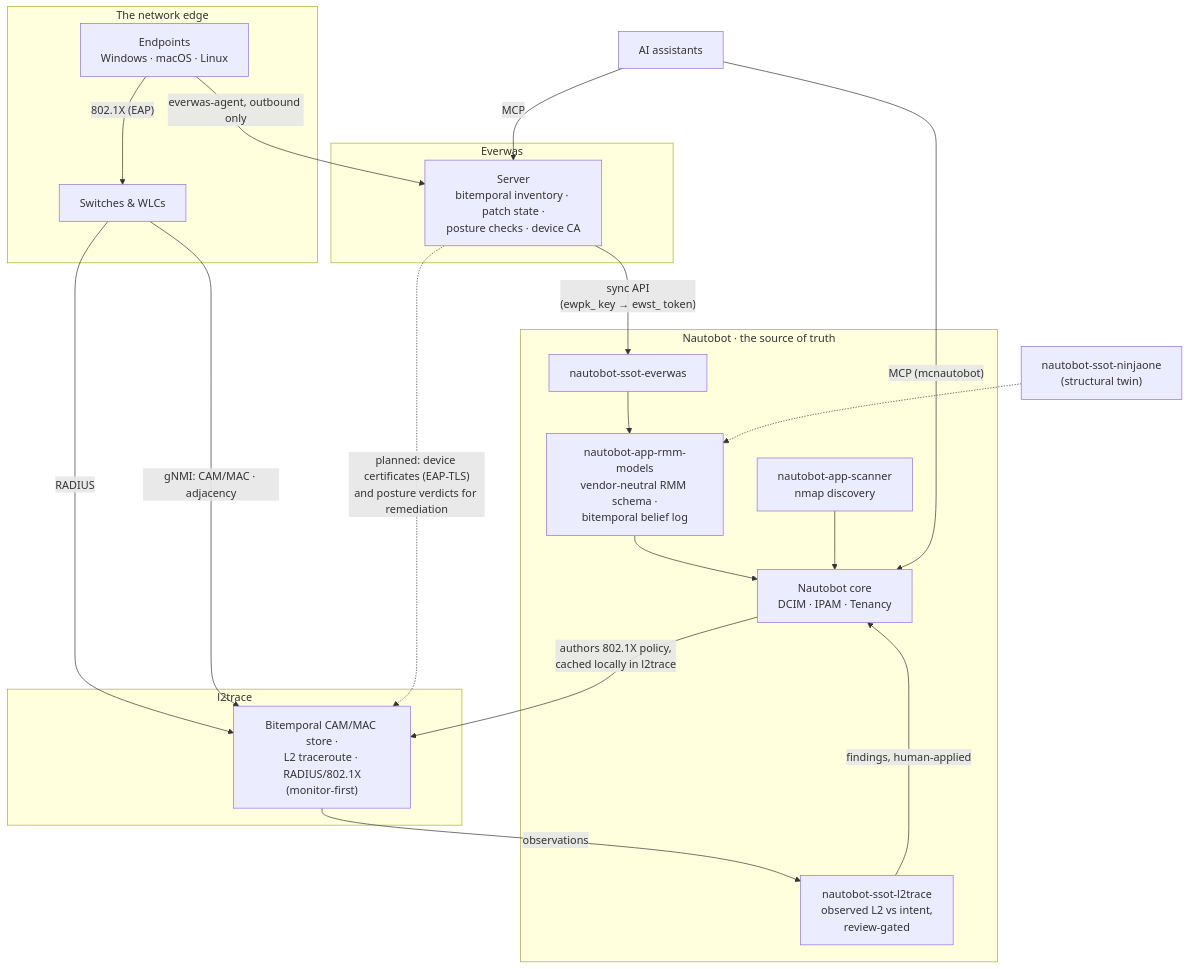
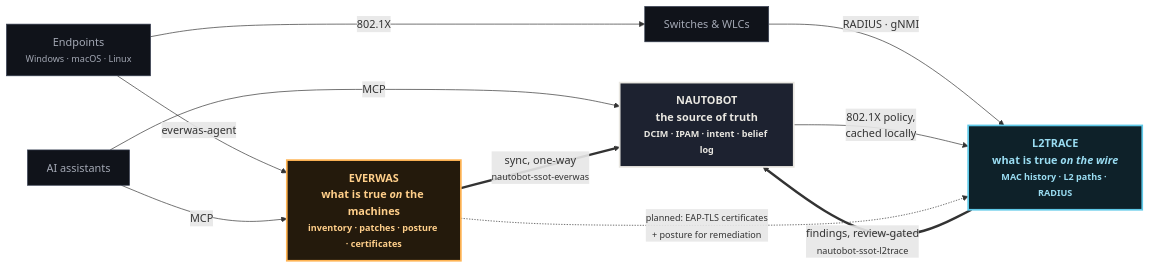
One commit to everwas/everwas changed the second of 2 diagrams in docsite/src/content/docs/concepts/architecture.md. Above: the diagram before and after it, drawn with Mermaid. The commit also changed other lines of this file, not shown here.

Commit message:
The constellation becomes an infographic
Twelve nodes of auto-layout spaghetti become six: the three systems as
color-coded hero blocks (amber for Everwas, cyan for l2trace, the
source of truth in white), one-line identities on each, and the SSoT
apps demoted to edge labels where they belong. The boxes that left the
diagram moved into a sentence below it; a diagram is not an inventory.

````diff
--- a/docsite/src/content/docs/concepts/architecture.md
+++ b/docsite/src/content/docs/concepts/architecture.md
@@ -99,43 +99,27 @@
 ```mermaid
-flowchart TB
-  subgraph edge["The network edge"]
-    EP["Endpoints<br/>Windows · macOS · Linux"]
-    SW["Switches & WLCs"]
-  end
+%%{init: {"flowchart": {"nodeSpacing": 60, "rankSpacing": 90, "curve": "basis", "padding": 14}, "themeVariables": {"fontSize": "16px"}}}%%
+flowchart LR
+  classDef amber fill:#241a0c,stroke:#ffb454,stroke-width:2.5px,color:#ffcf8a,font-weight:bold
+  classDef cyan fill:#0e2129,stroke:#5fc9e8,stroke-width:2.5px,color:#9addf2,font-weight:bold
+  classDef truth fill:#1d2230,stroke:#e9e7e1,stroke-width:2.5px,color:#e9e7e1,font-weight:bold
+  classDef edge fill:#10131a,stroke:#384053,color:#a3a8b4
 
-  subgraph ew["Everwas"]
-    EWS["Server<br/>bitemporal inventory · patch state ·<br/>posture checks · device CA"]
-  end
+  EP["Endpoints<br/><small>Windows · macOS · Linux</small>"]:::edge
+  SW["Switches & WLCs"]:::edge
+  AI["AI assistants"]:::edge
 
-  subgraph l2["l2trace"]
-    L2S["Bitemporal CAM/MAC store ·<br/>L2 traceroute · RADIUS/802.1X<br/>(monitor-first)"]
-  end
+  EW["<b>EVERWAS</b><br/>what is true <i>on</i> the machines<br/><small>inventory · patches · posture · certificates</small>"]:::amber
+  L2["<b>L2TRACE</b><br/>what is true <i>on the wire</i><br/><small>MAC history · L2 paths · RADIUS</small>"]:::cyan
+  NB["<b>NAUTOBOT</b><br/>the source of truth<br/><small>DCIM · IPAM · intent · belief log</small>"]:::truth
 
-  subgraph nb["Nautobot · the source of truth"]
-    SSOTE["nautobot-ssot-everwas"]
-    RMM["nautobot-app-rmm-models<br/>vendor-neutral RMM schema ·<br/>bitemporal belief log"]
-    SSOTL["nautobot-ssot-l2trace<br/>observed L2 vs intent,<br/>review-gated"]
-    SCAN["nautobot-app-scanner<br/>nmap discovery"]
-    CORE["Nautobot core<br/>DCIM · IPAM · Tenancy"]
-  end
+  EP -->|"everwas-agent"| EW
+  EP -->|"802.1X"| SW
+  SW -->|"RADIUS · gNMI"| L2
+  AI -->|"MCP"| EW
+  AI -->|"MCP"| NB
 
-  EP -- "everwas-agent, outbound only" --> EWS
-  EP -- "802.1X (EAP)" --> SW
-  SW -- "RADIUS" --> L2S
-  SW -- "gNMI: CAM/MAC · adjacency" --> L2S
-
-  EWS -- "sync API<br/>(ewpk_ key → ewst_ token)" --> SSOTE
-  SSOTE --> RMM
-  RMM --> CORE
-  NINJA["nautobot-ssot-ninjaone<br/>(structural twin)"] -.-> RMM
-
-  L2S -- "observations" --> SSOTL
-  SSOTL -- "findings, human-applied" --> CORE
-  CORE -- "authors 802.1X policy,<br/>cached locally in l2trace" --> L2S
-  SCAN --> CORE
-
-  AI["AI assistants"] -- "MCP" --> EWS
-  AI -- "MCP (mcnautobot)" --> CORE
-
-  EWS -. "planned: device certificates (EAP-TLS)<br/>and posture verdicts for remediation" .-> L2S
+  EW ==>|"sync, one-way<br/><small>nautobot-ssot-everwas</small>"| NB
+  L2 ==>|"findings, review-gated<br/><small>nautobot-ssot-l2trace</small>"| NB
+  NB -->|"802.1X policy,<br/>cached locally"| L2
+  EW -.->|"<small>planned: EAP-TLS certificates<br/>+ posture for remediation</small>"| L2
 ```
````
